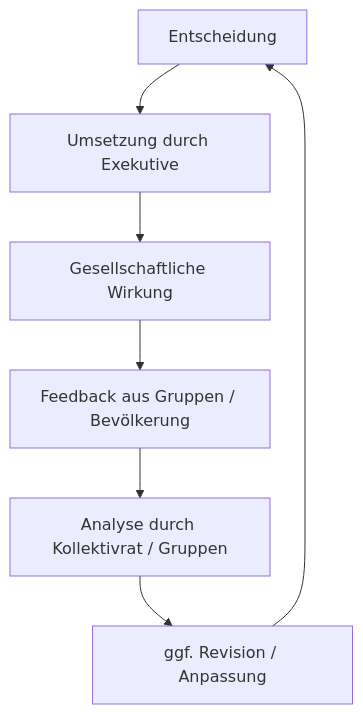
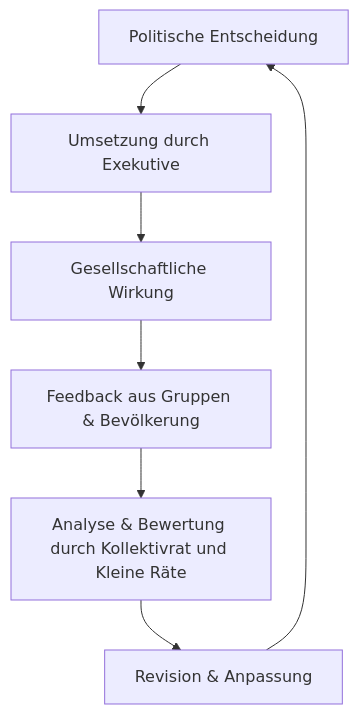
One commit to hades-dux/Kollektive-Raeterepublik changed the third of 3 diagrams in Meta_und_Systemstruktur/09_Visualisierung_der_Systemlogik.md. Above: the diagram before and after it, drawn with Mermaid. The commit also changed other lines of this file, not shown here.

Commit message:
Systemlogik überarbeitet: Struktur an Grunddokumente angepasst, Gruppen- und Ratsebene klar getrennt, Mermaid-Diagramme überarbeitet

````diff
--- a/Meta_und_Systemstruktur/09_Visualisierung_der_Systemlogik.md
+++ b/Meta_und_Systemstruktur/09_Visualisierung_der_Systemlogik.md
@@ -145,9 +96,9 @@
 ```mermaid
 graph TD
-    Entscheidung[Entscheidung] --> Umsetzung[Umsetzung durch Exekutive]
+    Entscheidung[Politische Entscheidung] --> Umsetzung[Umsetzung durch Exekutive]
     Umsetzung --> Wirkung[Gesellschaftliche Wirkung]
-    Wirkung --> Feedback[Feedback aus Gruppen / Bevölkerung]
-    Feedback --> Analyse[Analyse durch Kollektivrat / Gruppen]
-    Analyse --> Revision[ggf. Revision / Anpassung]
+    Wirkung --> Feedback[Feedback aus Gruppen & Bevölkerung]
+    Feedback --> Analyse[Analyse & Bewertung durch Kollektivrat und Kleine Räte]
+    Analyse --> Revision[Revision & Anpassung]
     Revision --> Entscheidung
 ```
````
